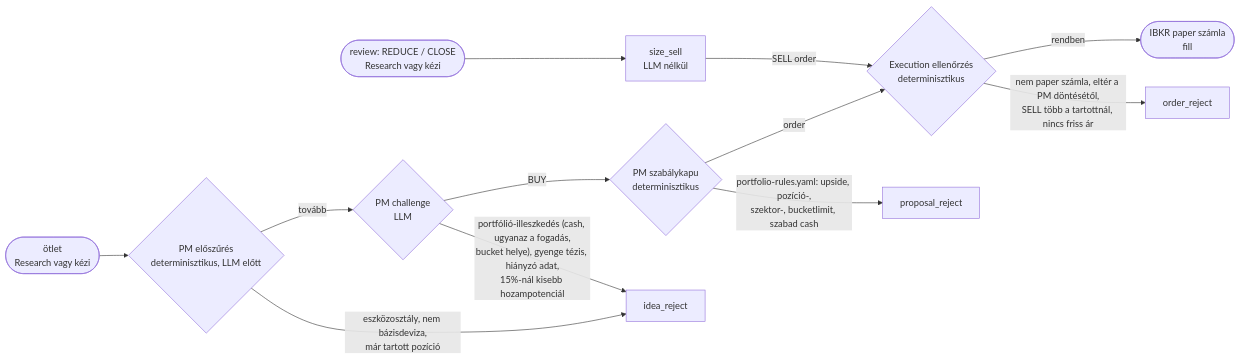
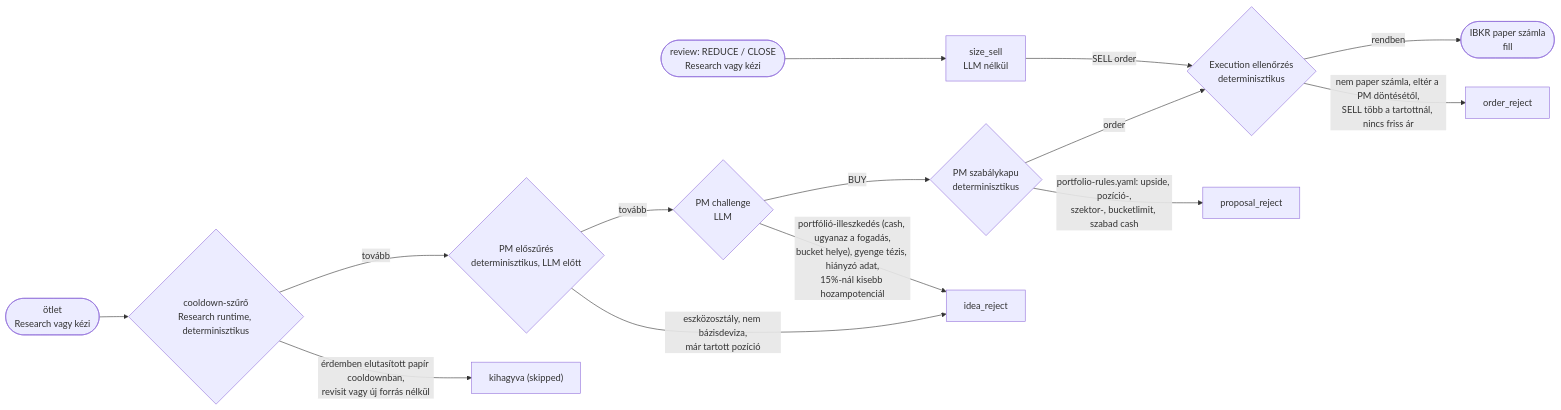
Before and after one commit to medovarszki/auxin-agentic-investment-organization: the ninth of 9 diagrams in README.md, drawn with Mermaid. The commit also changed other lines of this file and 22 other files, not shown here.

````diff
--- a/README.md
+++ b/README.md
@@ -551,21 +560,24 @@
 ```mermaid
 flowchart LR
     idea(["ötlet<br/>Research vagy kézi"])
     review(["review: REDUCE / CLOSE<br/>Research vagy kézi"])
+    g0{"cooldown-szűrő<br/>Research runtime, determinisztikus"}
+    skip["kihagyva (skipped)"]
     g1{"PM előszűrés<br/>determinisztikus, LLM előtt"}
     g2{"PM challenge<br/>LLM"}
     g3{"PM szabálykapu<br/>determinisztikus"}
     sell["size_sell<br/>LLM nélkül"]
     g4{"Execution ellenőrzés<br/>determinisztikus"}
     ib(["IBKR paper számla<br/>fill"])
     r1["idea_reject"]
     r2["proposal_reject"]
     r3["order_reject"]
 
-    idea --> g1 -- tovább --> g2 -- BUY --> g3 -- order --> g4 -- rendben --> ib
+    idea --> g0 -- tovább --> g1 -- tovább --> g2 -- BUY --> g3 -- order --> g4 -- rendben --> ib
     review --> sell -- SELL order --> g4
+    g0 -- "érdemben elutasított papír cooldownban,<br/>revisit vagy új forrás nélkül" --> skip
     g1 -- "eszközosztály, nem bázisdeviza,<br/>már tartott pozíció" --> r1
     g2 -- "portfólió-illeszkedés (cash, ugyanaz a fogadás,<br/>bucket helye), gyenge tézis, hiányzó adat,<br/>15%-nál kisebb hozampotenciál" --> r1
     g3 -- "portfolio-rules.yaml: upside, pozíció-,<br/>szektor-, bucketlimit, szabad cash" --> r2
     g4 -- "nem paper számla, eltér a PM döntésétől,<br/>SELL több a tartottnál, nincs friss ár" --> r3
 ```
````
